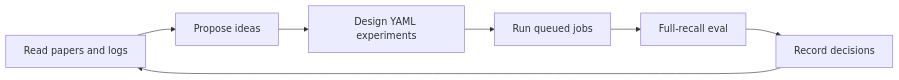
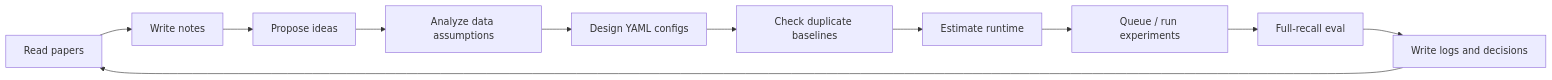
Before and after one commit to yzq986/nanoGenRec: the first of 2 diagrams in README.md, drawn with Mermaid. The commit also changed other lines of this file and 1 other file, not shown here.

````diff
--- a/README.md
+++ b/README.md
@@ -22,9 +36,13 @@
 ```mermaid
 graph LR
-    A["Read papers and logs"] --> B["Propose ideas"]
-    B --> C["Design YAML experiments"]
-    C --> D["Run queued jobs"]
-    D --> E["Full-recall eval"]
-    E --> F["Record decisions"]
-    F --> A
+    A["Read papers"] --> B["Write notes"]
+    B --> C["Propose ideas"]
+    C --> D["Analyze data assumptions"]
+    D --> E["Design YAML configs"]
+    E --> F["Check duplicate baselines"]
+    F --> G["Estimate runtime"]
+    G --> H["Queue / run experiments"]
+    H --> I["Full-recall eval"]
+    I --> J["Write logs and decisions"]
+    J --> A
 ```
````
